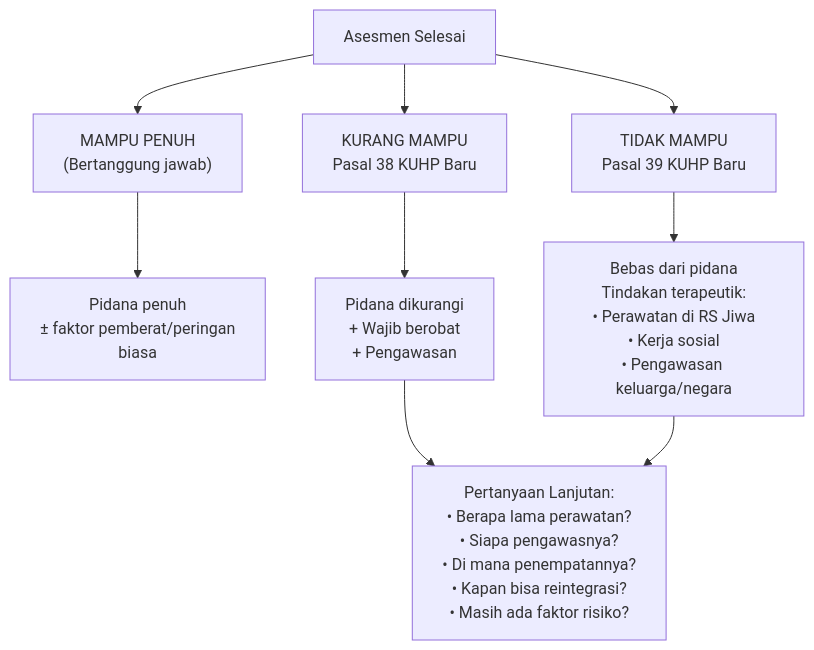
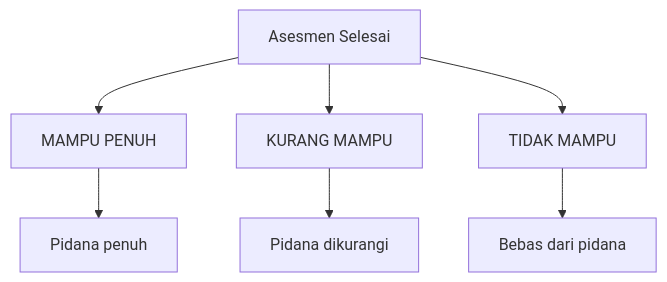
One commit to hifdzimaulana/beate-vivere changed the seventh of 8 diagrams in content/Lectures/psikiatri-forensik.md. Above: the diagram before and after it, drawn with Mermaid. The commit also changed other lines of this file and 1 other file, not shown here.

Commit message:
Fix mermaid diagrams: replace \n with <br/> and remove emojis

````diff
--- a/content/Lectures/psikiatri-forensik.md
+++ b/content/Lectures/psikiatri-forensik.md
@@ -363,16 +361,14 @@
 ```mermaid
 graph TD
     A["Asesmen Selesai"]
 
-    A --> B["MAMPU PENUH\n(Bertanggung jawab)"]
-    A --> C["KURANG MAMPU\nPasal 38 KUHP Baru"]
-    A --> D["TIDAK MAMPU\nPasal 39 KUHP Baru"]
+    A --> B["MAMPU PENUH"]
+    A --> C["KURANG MAMPU"]
+    A --> D["TIDAK MAMPU"]
 
-    B --> B1["Pidana penuh\n± faktor pemberat/peringan\nbiasa"]
+    B --> B1["Pidana penuh"]
 
-    C --> C1["Pidana dikurangi\n+ Wajib berobat\n+ Pengawasan"]
+    C --> C1["Pidana dikurangi"]
 
-    D --> D1["Bebas dari pidana\nTindakan terapeutik:\n• Perawatan di RS Jiwa\n• Kerja sosial\n• Pengawasan keluarga/negara"]
-
-    C1 & D1 --> E["Pertanyaan Lanjutan:\n• Berapa lama perawatan?\n• Siapa pengawasnya?\n• Di mana penempatannya?\n• Kapan bisa reintegrasi?\n• Masih ada faktor risiko?"]
+    D --> D1["Bebas dari pidana"]
 ```
````
